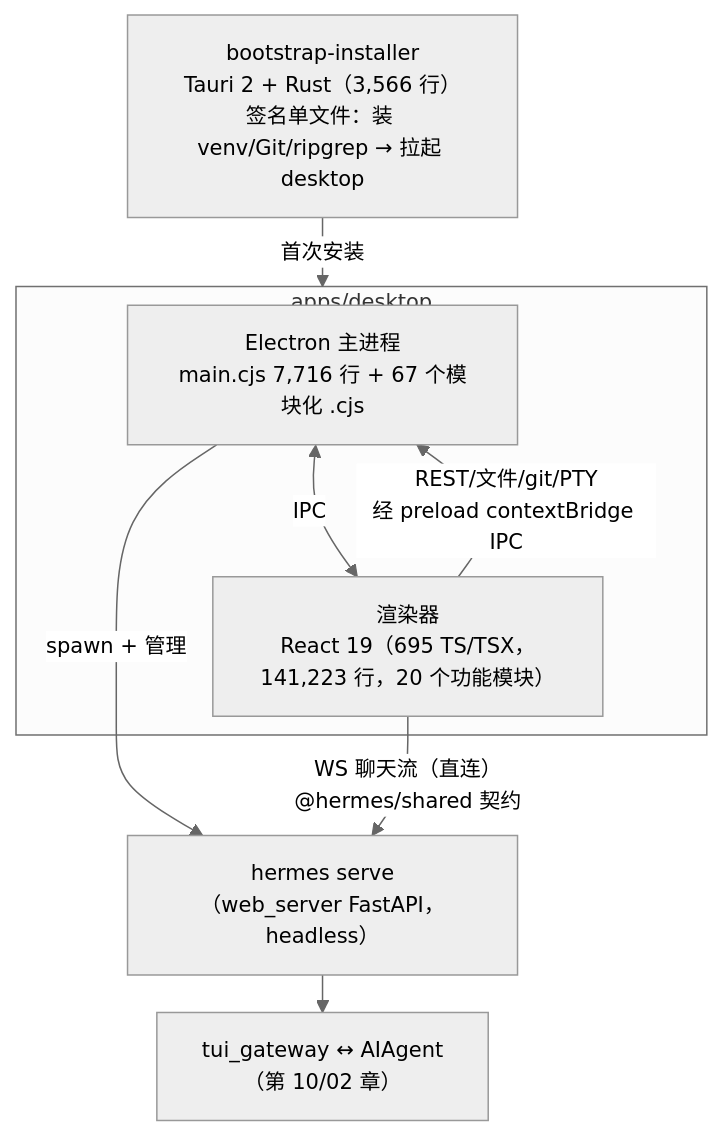
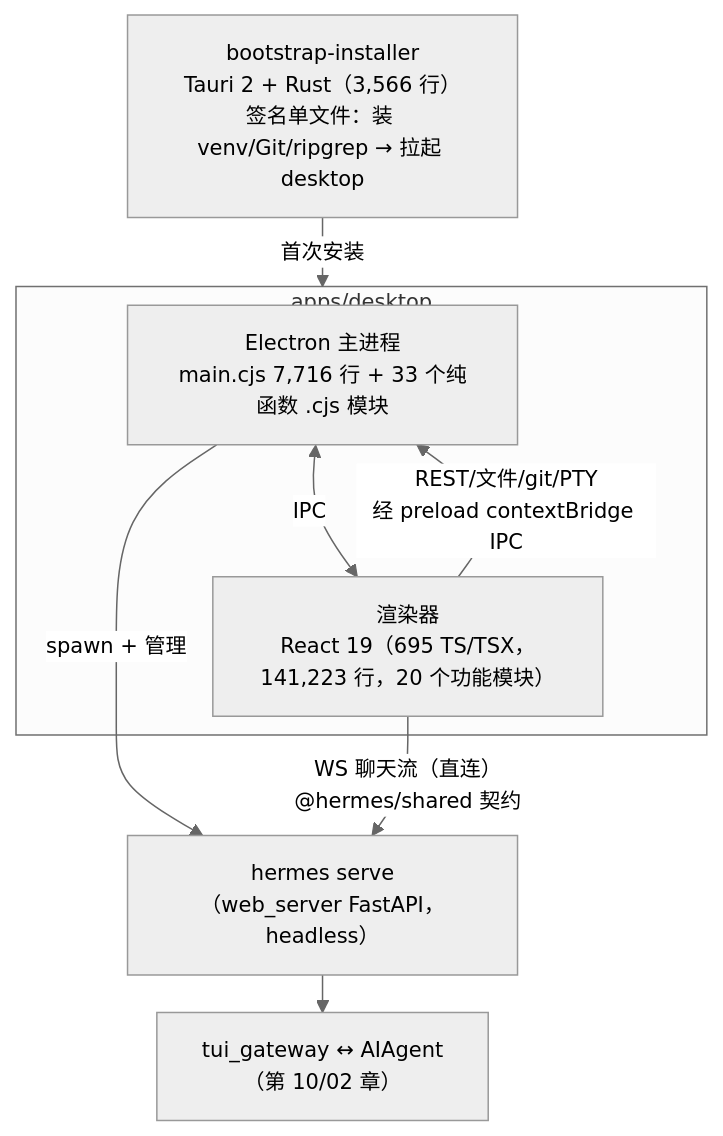
Before and after one commit to fang-lin/hermes-agent-code-analysis: the first of 2 diagrams in docs/zh/14-桌面应用.md, drawn with Mermaid. The commit also changed other lines of this file, not shown here.

Commit message:
14 章 factual 认证审修正 4❌3⚠️（自写新章的真实错误）：内嵌终端 IPC/node-pty 非 PTY WebSocket + 模块归属 shell→right-sidebar/terminal（消文档自相矛盾）、插件启停桌面未接入、纯函数模块 67→33（68=1 main+33 模块+34 测试）、cookiesHaveLiveSession 是 AT 或 RT 非只认 RT、HERMES_DESKTOP 面更广（2 工具门控）、自更新'不重启'轨道不存在（applyUpdates 三分支都重启）

````diff
--- a/docs/zh/14-桌面应用.md
+++ b/docs/zh/14-桌面应用.md
@@ -64,15 +64,15 @@
 ```mermaid
 %%{init: {"theme": "neutral", "themeVariables": {"fontSize": "14px"}, "flowchart": {"nodeSpacing": 15, "rankSpacing": 25}}}%%
 flowchart TD
     BOOT["bootstrap-installer<br/>Tauri 2 + Rust（3,566 行）<br/>签名单文件：装 venv/Git/ripgrep → 拉起 desktop"]
     BOOT -->|首次安装| DESK
     subgraph DESK ["apps/desktop"]
-        MAIN["Electron 主进程<br/>main.cjs 7,716 行 + 67 个模块化 .cjs"]
+        MAIN["Electron 主进程<br/>main.cjs 7,716 行 + 33 个纯函数 .cjs 模块"]
         REND["渲染器<br/>React 19（695 TS/TSX，141,223 行，20 个功能模块）"]
         MAIN <-->|IPC| REND
     end
     MAIN -->|"spawn + 管理"| BE["hermes serve<br/>（web_server FastAPI，headless）"]
     REND -->|"WS 聊天流（直连）<br/>@hermes/shared 契约"| BE
     REND -->|"REST/文件/git/PTY<br/>经 preload contextBridge IPC"| MAIN
     BE --> AGENT["tui_gateway ↔ AIAgent<br/>（第 10/02 章）"]
 ```
````
